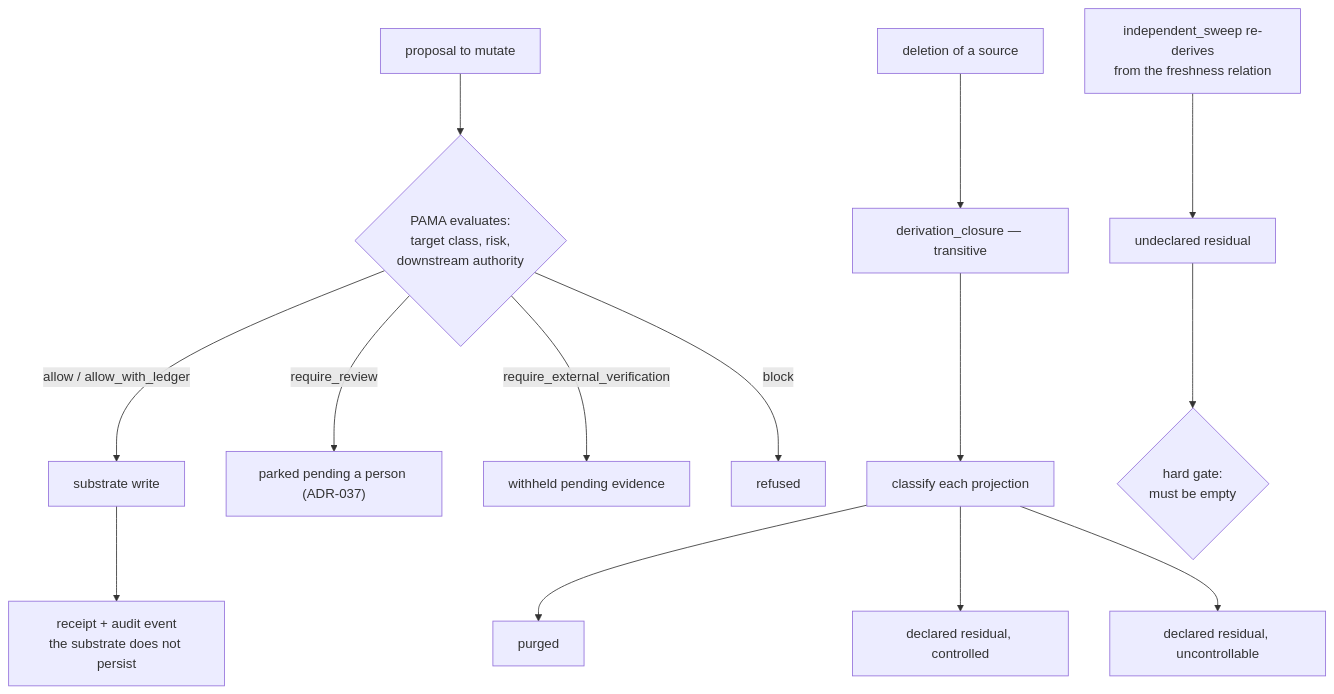
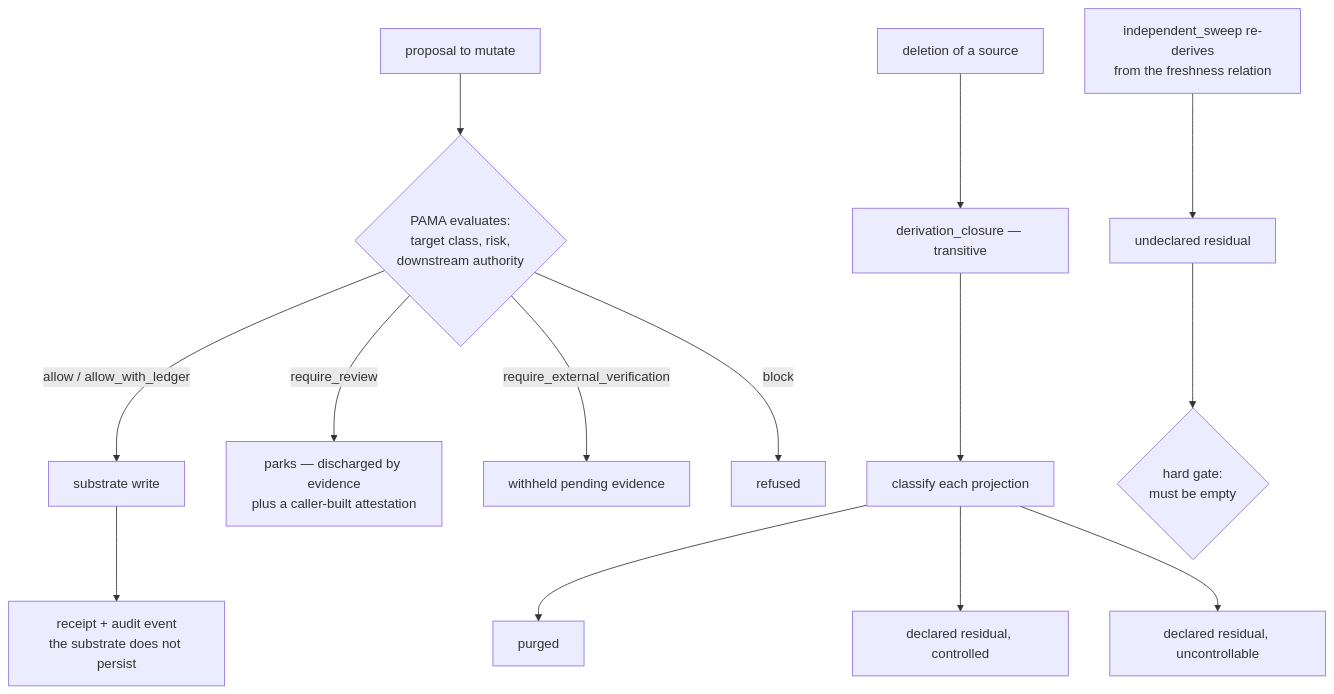
Before and after one commit to neoneye/agent-memory-atlas: the diagram in content/systems/agent-memory-doctrine.md, drawn with Mermaid. The commit also changed other lines of this file and 13 other files, not shown here.

First line of the commit message:
Agent Memory (MythologIQ) re-pinned at c80f068: the attestation is caller-constructed by its own docstring, so human_review is withdrawn

````diff
--- a/content/systems/agent-memory-doctrine.md
+++ b/content/systems/agent-memory-doctrine.md
@@ -75,17 +95,17 @@
 ```mermaid
 %% caption: a five-way policy verdict gates every mutation, and a deletion is closed transitively over its projections with an undeclared-residual sweep that must come back empty
 flowchart TD
   P["proposal to mutate"] --> PAMA{"PAMA evaluates:<br/>target class, risk,<br/>downstream authority"}
   PAMA -->|allow / allow_with_ledger| W["substrate write"]
-  PAMA -->|require_review| H["parked pending a person (ADR-037)"]
+  PAMA -->|require_review| H["parks — discharged by evidence<br/>plus a caller-built attestation"]
   PAMA -->|require_external_verification| V["withheld pending evidence"]
   PAMA -->|block| X["refused"]
   W --> R["receipt + audit event<br/>the substrate does not persist"]
   D["deletion of a source"] --> C["derivation_closure — transitive"]
   C --> B["classify each projection"]
   B --> B1["purged"]
   B --> B2["declared residual, controlled"]
   B --> B3["declared residual, uncontrollable"]
   S["independent_sweep re-derives<br/>from the freshness relation"] --> B4["undeclared residual"]
   B4 --> G{"hard gate:<br/>must be empty"}
 ```
````
